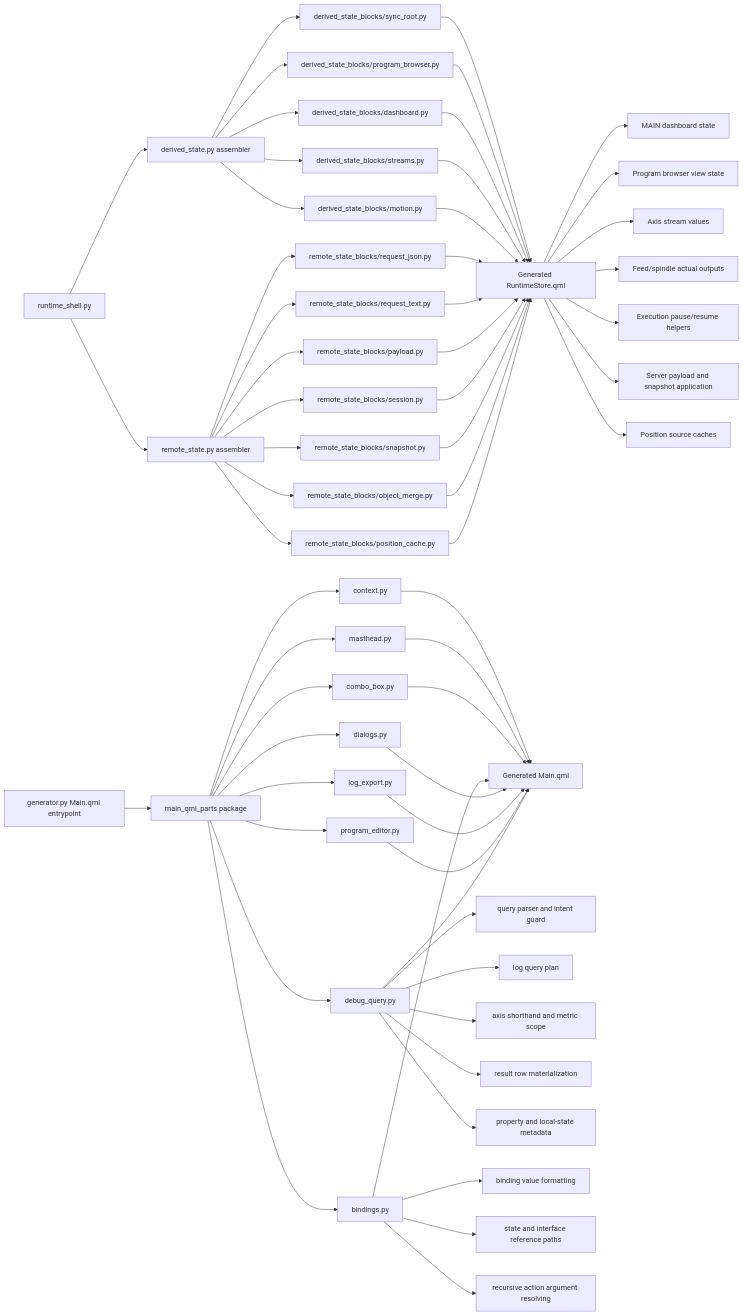
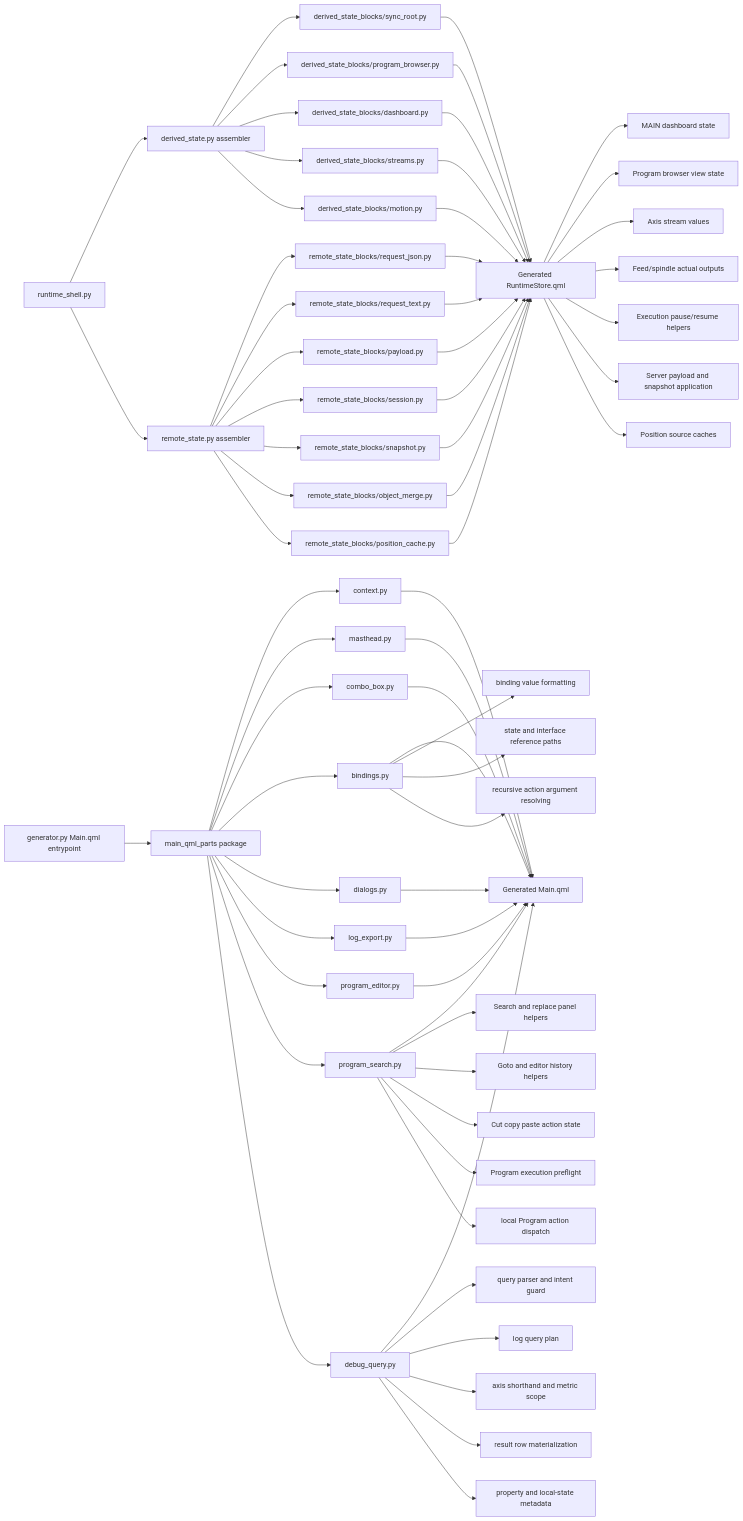
The diagram in 2026-05-10-codex-session/architecture-diagram.md (luppiterw/metanc_hmi_dsl_reports), drawn with Mermaid before and after one commit. The commit also changed 15 other files, not shown here.

Commit message:
docs: refresh 2026-05-10 QML program search helper report

````diff
--- a/2026-05-10-codex-session/architecture-diagram.md
+++ b/2026-05-10-codex-session/architecture-diagram.md
@@ -3,67 +3,75 @@
 ```mermaid
 flowchart LR
     MainGen[generator.py Main.qml entrypoint] --> MainParts[main_qml_parts package]
     MainParts --> Context[context.py]
     MainParts --> Masthead[masthead.py]
     MainParts --> Combo[combo_box.py]
     MainParts --> Bindings[bindings.py]
     MainParts --> Dialogs[dialogs.py]
     MainParts --> LogExport[log_export.py]
     MainParts --> ProgramEditor[program_editor.py]
+    MainParts --> ProgramSearch[program_search.py]
     MainParts --> DebugQuery[debug_query.py]
 
     Shell[runtime_shell.py] --> Derived[derived_state.py assembler]
     Shell --> Remote[remote_state.py assembler]
     Derived --> SyncRoot[derived_state_blocks/sync_root.py]
     Derived --> Browser[derived_state_blocks/program_browser.py]
     Derived --> Dashboard[derived_state_blocks/dashboard.py]
     Derived --> Streams[derived_state_blocks/streams.py]
     Derived --> Motion[derived_state_blocks/motion.py]
     Remote --> RequestJson[remote_state_blocks/request_json.py]
     Remote --> RequestText[remote_state_blocks/request_text.py]
     Remote --> Payload[remote_state_blocks/payload.py]
     Remote --> Session[remote_state_blocks/session.py]
     Remote --> Snapshot[remote_state_blocks/snapshot.py]
     Remote --> Merge[remote_state_blocks/object_merge.py]
     Remote --> PositionCache[remote_state_blocks/position_cache.py]
 
     SyncRoot --> RuntimeStore[Generated RuntimeStore.qml]
     Browser --> RuntimeStore
     Dashboard --> RuntimeStore
     Streams --> RuntimeStore
     Motion --> RuntimeStore
     RequestJson --> RuntimeStore
     RequestText --> RuntimeStore
     Payload --> RuntimeStore
     Session --> RuntimeStore
     Snapshot --> RuntimeStore
     Merge --> RuntimeStore
     PositionCache --> RuntimeStore
 
     Context --> MainQml[Generated Main.qml]
     Masthead --> MainQml
     Combo --> MainQml
     Bindings --> MainQml
     Dialogs --> MainQml
     LogExport --> MainQml
     ProgramEditor --> MainQml
+    ProgramSearch --> MainQml
     DebugQuery --> MainQml
 
     RuntimeStore --> Main[MAIN dashboard state]
     RuntimeStore --> ProgramDir[Program browser view state]
     RuntimeStore --> AxisStream[Axis stream values]
     RuntimeStore --> MotionOutputs[Feed/spindle actual outputs]
     RuntimeStore --> ExecutionControl[Execution pause/resume helpers]
     RuntimeStore --> ServerPayload[Server payload and snapshot application]
     RuntimeStore --> PositionSources[Position source caches]
 
     DebugQuery --> QueryParser[query parser and intent guard]
     DebugQuery --> LogQuery[log query plan]
     DebugQuery --> AxisScope[axis shorthand and metric scope]
     DebugQuery --> ResultRows[result row materialization]
     DebugQuery --> ValueMeta[property and local-state metadata]
 
     Bindings --> BindingFormat[binding value formatting]
     Bindings --> RefPaths[state and interface reference paths]
     Bindings --> ActionArgs[recursive action argument resolving]
+
+    ProgramSearch --> SearchReplace[Search and replace panel helpers]
+    ProgramSearch --> GotoHistory[Goto and editor history helpers]
+    ProgramSearch --> ClipboardState[Cut copy paste action state]
+    ProgramSearch --> Preflight[Program execution preflight]
+    ProgramSearch --> LocalProgramActions[local Program action dispatch]
 ```
````
